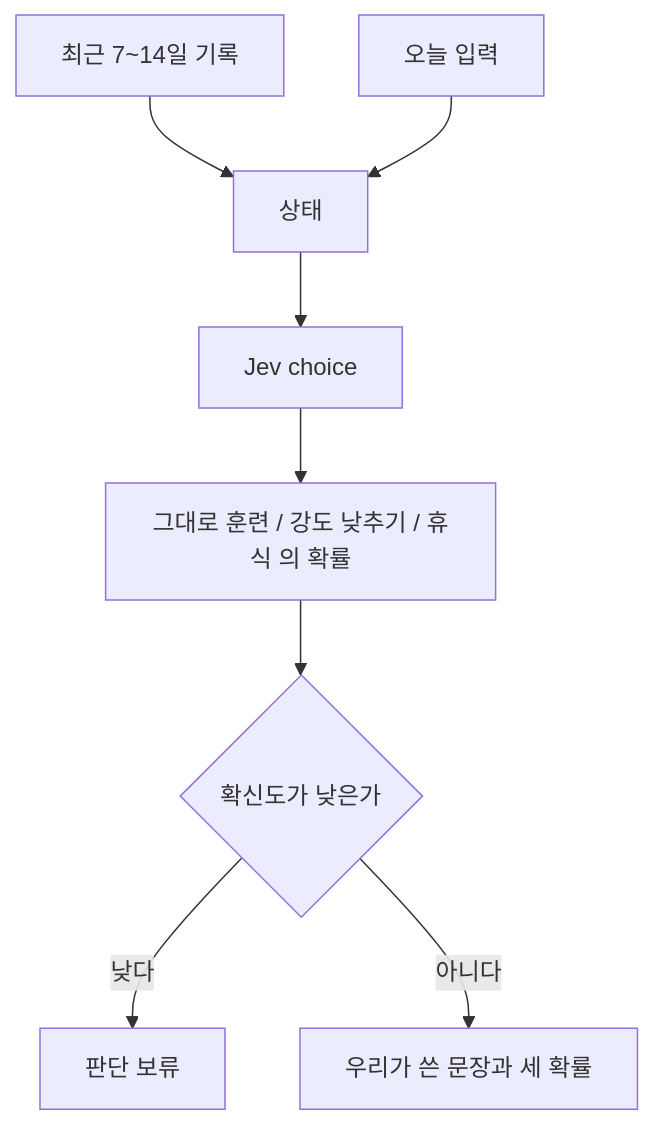
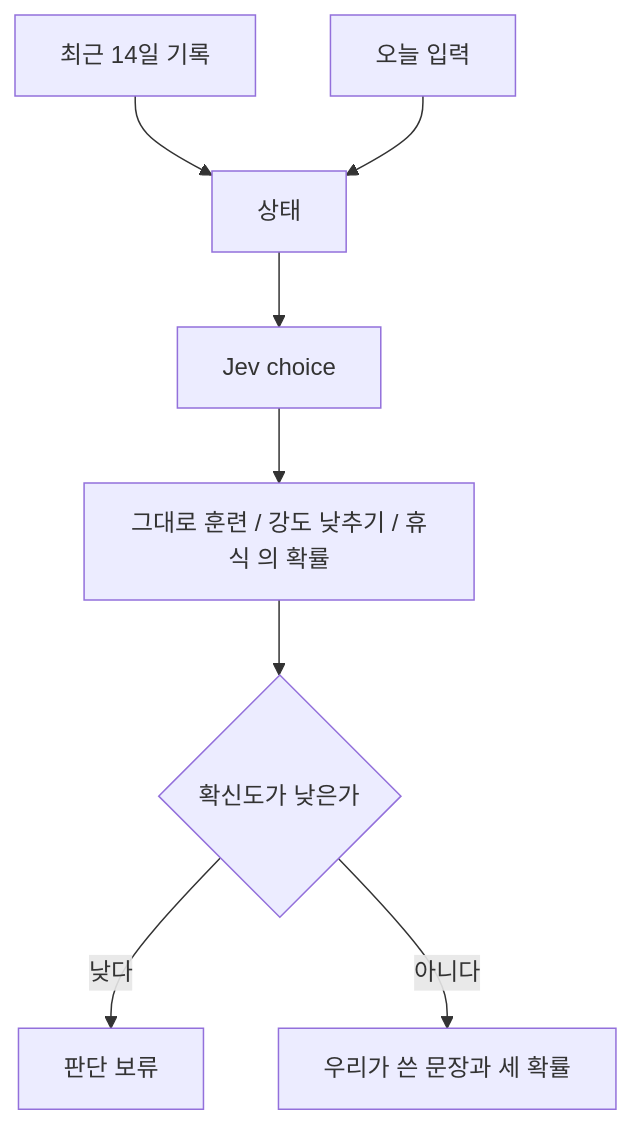
Before and after one commit to BeomhyunPark/hoohaa: the diagram in docs/v4/features/condition.md, drawn with Mermaid. The commit also changed other lines of this file and 8 other files, not shown here.

````diff
--- a/docs/v4/features/condition.md
+++ b/docs/v4/features/condition.md
@@ -15,10 +19,10 @@
 ```mermaid
 flowchart TD
-  rec["최근 7~14일 기록"] --> state["상태"]
+  rec["최근 14일 기록"] --> state["상태"]
   today["오늘 입력"] --> state
   state --> jev["Jev choice"]
   jev --> p["그대로 훈련 / 강도 낮추기 / 휴식 의 확률"]
   p --> gate{"확신도가 낮은가"}
   gate -->|낮다| hold["판단 보류"]
   gate -->|아니다| show["우리가 쓴 문장과 세 확률"]
 ```
````
